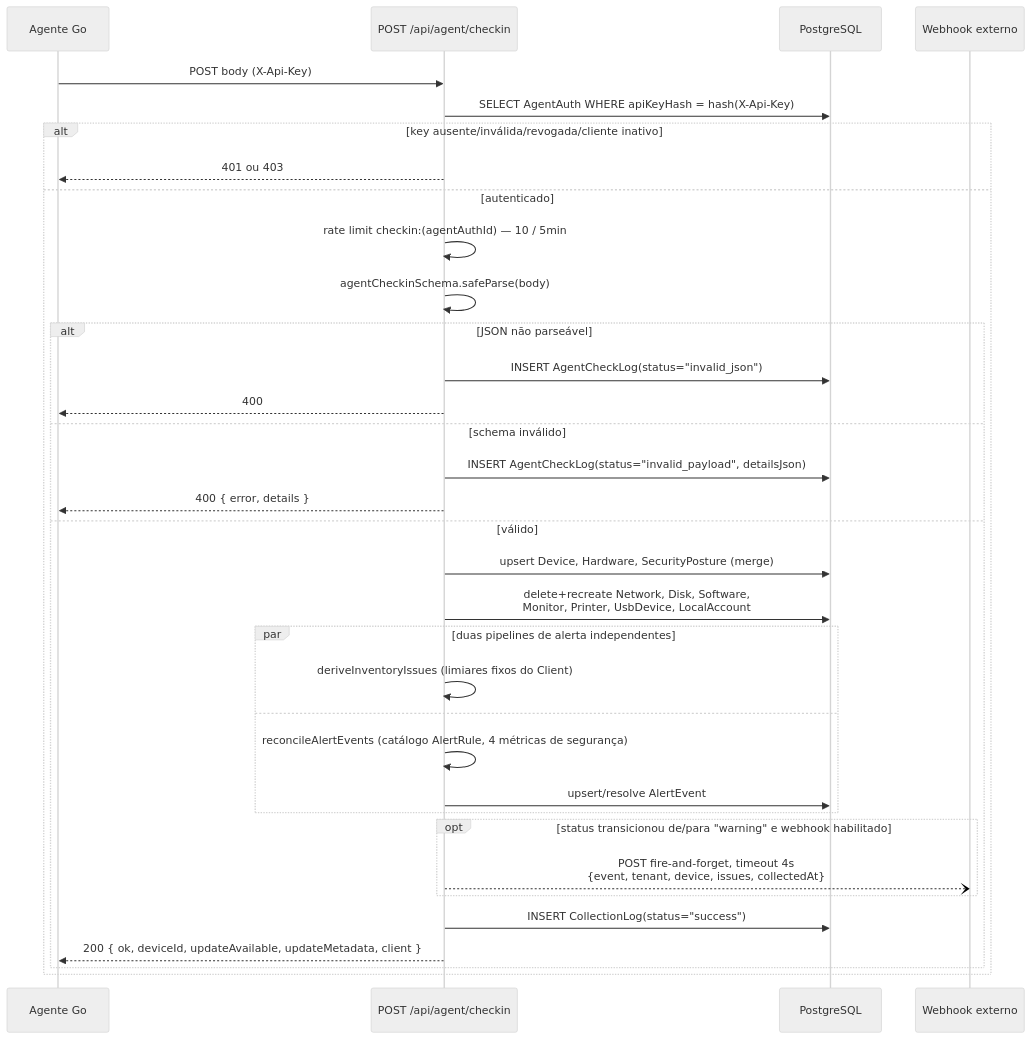
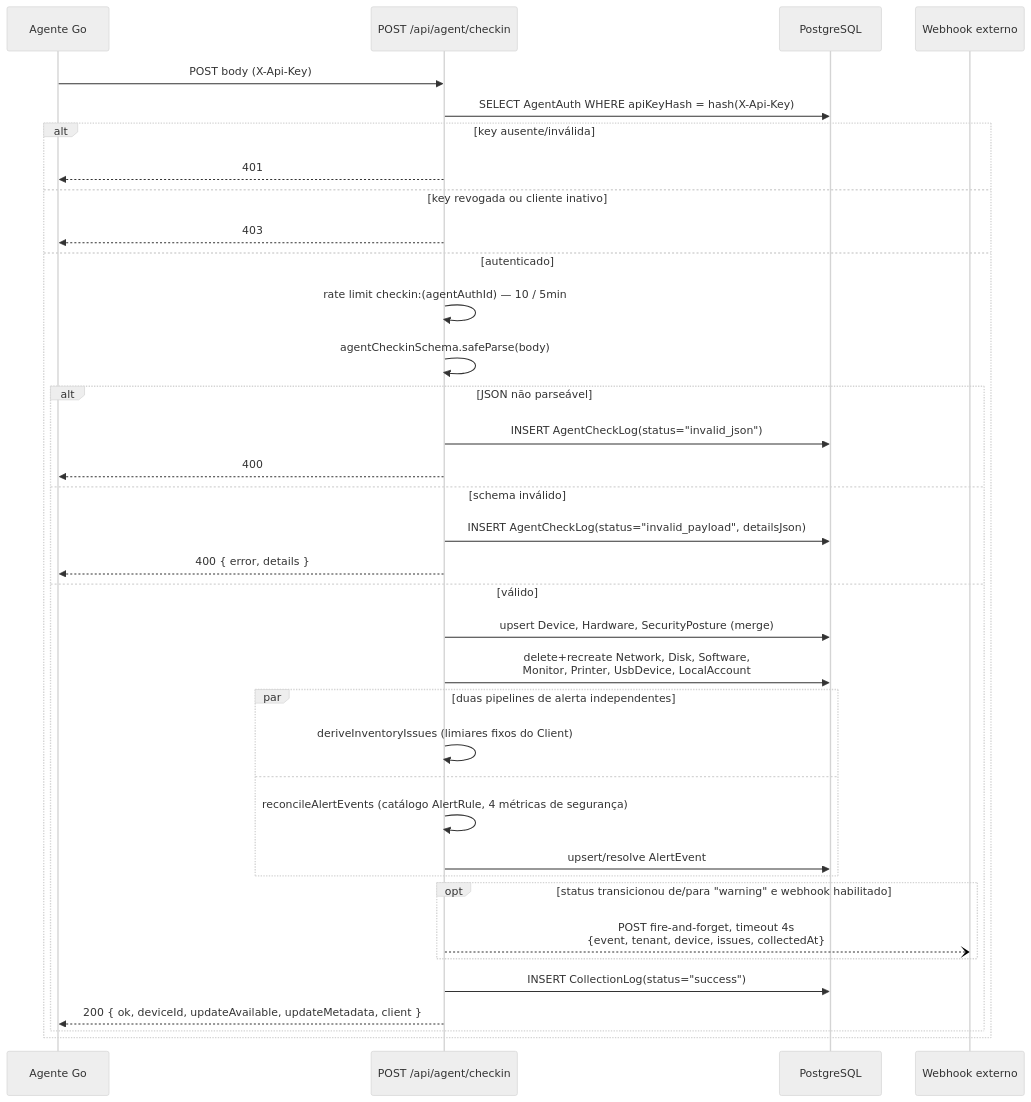
Before and after one commit to rodrigoalves022/Inventario: the second of 3 diagrams in docs/SPEC.md, drawn with Mermaid (neutral theme). The commit also changed other lines of this file and 23 other files, not shown here.

````diff
--- a/docs/SPEC.md
+++ b/docs/SPEC.md
@@ -51,37 +51,39 @@
 ```mermaid
 sequenceDiagram
     participant Agent as Agente Go
     participant API as POST /api/agent/checkin
     participant DB as PostgreSQL
     participant Hook as Webhook externo
 
     Agent->>API: POST body (X-Api-Key)
     API->>DB: SELECT AgentAuth WHERE apiKeyHash = hash(X-Api-Key)
-    alt key ausente/inválida/revogada/cliente inativo
-        API-->>Agent: 401 ou 403
+    alt key ausente/inválida
+        API-->>Agent: 401
+    else key revogada ou cliente inativo
+        API-->>Agent: 403
     else autenticado
         API->>API: rate limit checkin:(agentAuthId) — 10 / 5min
         API->>API: agentCheckinSchema.safeParse(body)
         alt JSON não parseável
             API->>DB: INSERT AgentCheckLog(status="invalid_json")
             API-->>Agent: 400
         else schema inválido
             API->>DB: INSERT AgentCheckLog(status="invalid_payload", detailsJson)
             API-->>Agent: 400 { error, details }
         else válido
             API->>DB: upsert Device, Hardware, SecurityPosture (merge)
             API->>DB: delete+recreate Network, Disk, Software,<br/>Monitor, Printer, UsbDevice, LocalAccount
             par duas pipelines de alerta independentes
                 API->>API: deriveInventoryIssues (limiares fixos do Client)
             and
                 API->>API: reconcileAlertEvents (catálogo AlertRule, 4 métricas de segurança)
                 API->>DB: upsert/resolve AlertEvent
             end
             opt status transicionou de/para "warning" e webhook habilitado
                 API--)Hook: POST fire-and-forget, timeout 4s<br/>{event, tenant, device, issues, collectedAt}
             end
             API->>DB: INSERT CollectionLog(status="success")
             API-->>Agent: 200 { ok, deviceId, updateAvailable, updateMetadata, client }
         end
     end
 ```
````
